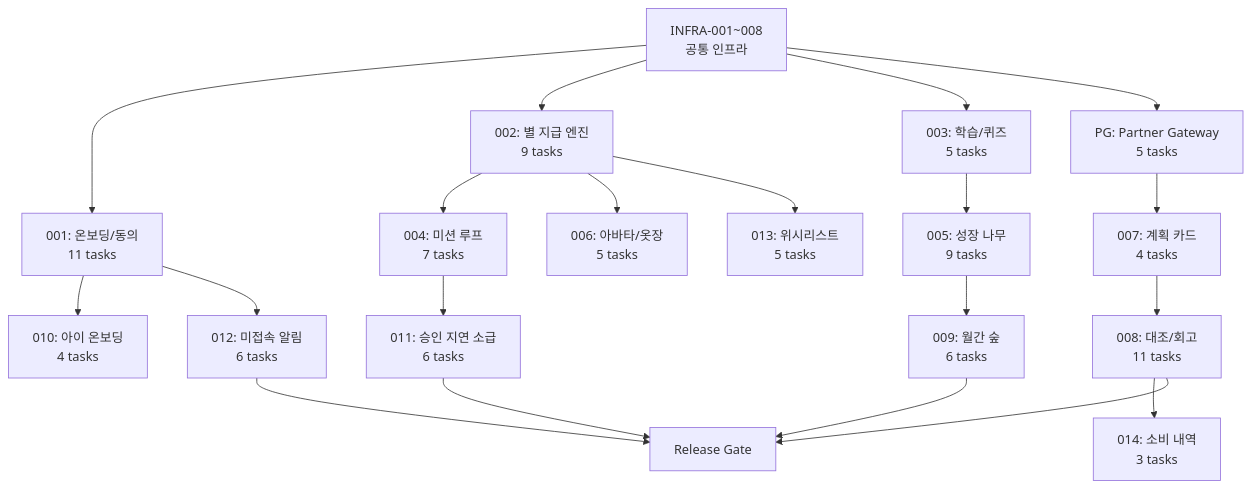
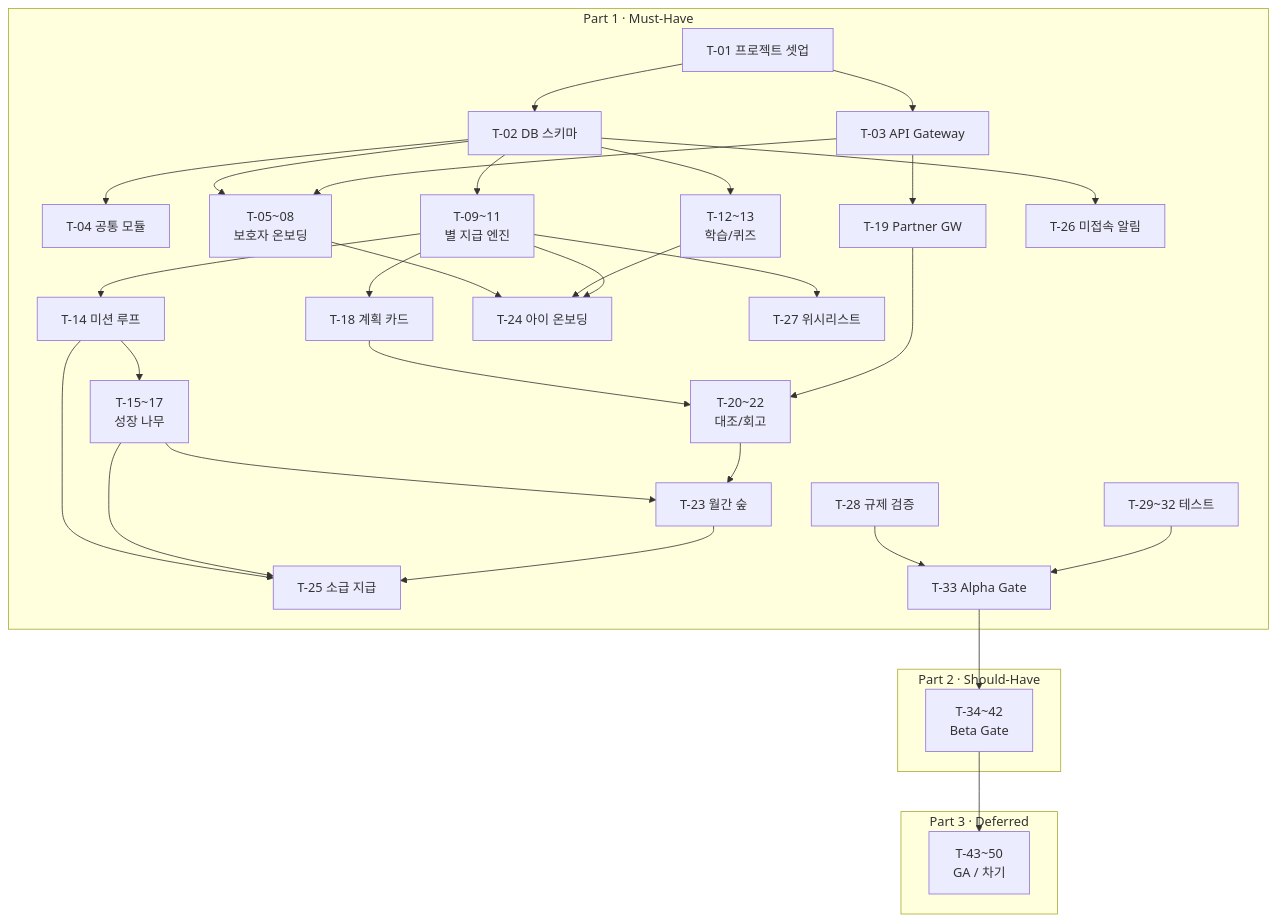
Before and after one commit to hayoungv/finfriends-prd-to-srs: the diagram in FinFriends_Development_Task_List.md, drawn with Mermaid. The commit also changed other lines of this file, not shown here.

````diff
--- a/FinFriends_Development_Task_List.md
+++ b/FinFriends_Development_Task_List.md
@@ -318,29 +218,59 @@
 ```mermaid
 flowchart TD
-    INFRA["INFRA-001~008<br/>공통 인프라"]
+    subgraph "Part 1 · Must-Have"
+        T01["T-01 프로젝트 셋업"]
+        T02["T-02 DB 스키마"]
+        T03["T-03 API Gateway"]
+        T04["T-04 공통 모듈"]
 
-    INFRA --> REQ001["001: 온보딩/동의<br/>11 tasks"]
-    INFRA --> REQ002["002: 별 지급 엔진<br/>9 tasks"]
-    INFRA --> REQ003["003: 학습/퀴즈<br/>5 tasks"]
-    INFRA --> PG["PG: Partner Gateway<br/>5 tasks"]
+        T01 --> T02 & T03
+        T02 --> T04
 
-    REQ001 --> REQ010["010: 아이 온보딩<br/>4 tasks"]
-    REQ002 --> REQ004["004: 미션 루프<br/>7 tasks"]
-    REQ002 --> REQ006["006: 아바타/옷장<br/>5 tasks"]
-    REQ002 --> REQ013["013: 위시리스트<br/>5 tasks"]
-    REQ003 --> REQ005["005: 성장 나무<br/>9 tasks"]
+        T05["T-05~08<br/>보호자 온보딩"]
+        T09["T-09~11<br/>별 지급 엔진"]
+        T12["T-12~13<br/>학습/퀴즈"]
 
-    REQ004 --> REQ011["011: 승인 지연 소급<br/>6 tasks"]
-    REQ005 --> REQ009["009: 월간 숲<br/>6 tasks"]
+        T02 --> T05 & T09 & T12
+        T03 --> T05
 
-    PG --> REQ007["007: 계획 카드<br/>4 tasks"]
-    REQ007 --> REQ008["008: 대조/회고<br/>11 tasks"]
-    REQ008 --> REQ014["014: 소비 내역<br/>3 tasks"]
+        T14["T-14 미션 루프"]
+        T15["T-15~17<br/>성장 나무"]
+        T18["T-18 계획 카드"]
+        T19["T-19 Partner GW"]
 
-    REQ001 --> REQ012["012: 미접속 알림<br/>6 tasks"]
+        T09 --> T14 & T18
+        T14 --> T15
+        T03 --> T19
 
-    REQ009 --> GATE["Release Gate"]
-    REQ011 --> GATE
-    REQ008 --> GATE
-    REQ012 --> GATE
+        T20["T-20~22<br/>대조/회고"]
+        T23["T-23 월간 숲"]
+        T24["T-24 아이 온보딩"]
+        T25["T-25 소급 지급"]
+        T26["T-26 미접속 알림"]
+        T27["T-27 위시리스트"]
+
+        T18 & T19 --> T20
+        T15 & T20 --> T23
+        T05 & T12 & T09 --> T24
+        T14 & T15 & T23 --> T25
+        T02 --> T26
+        T09 --> T27
+
+        T28["T-28 규제 검증"]
+        T29["T-29~32 테스트"]
+        T33["T-33 Alpha Gate"]
+
+        T28 & T29 --> T33
+    end
+
+    subgraph "Part 2 · Should-Have"
+        T34["T-34~42<br/>Beta Gate"]
+    end
+
+    subgraph "Part 3 · Deferred"
+        T43["T-43~50<br/>GA / 차기"]
+    end
+
+    T33 --> T34
+    T34 --> T43
 ```
````
